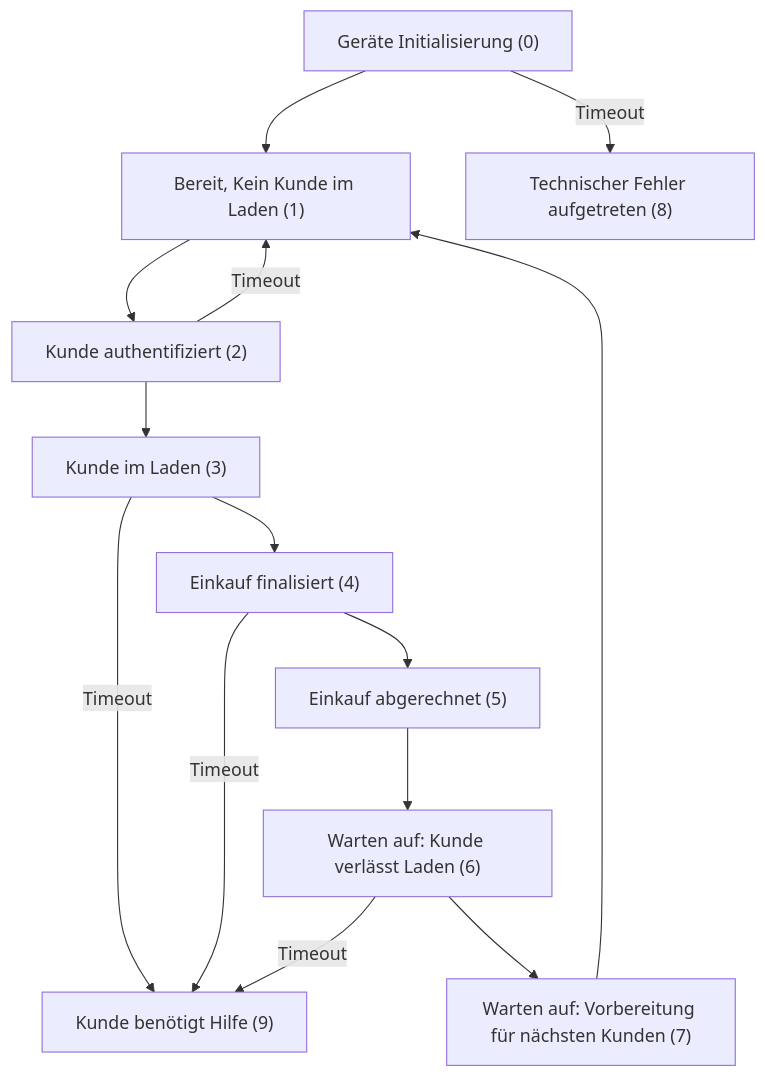
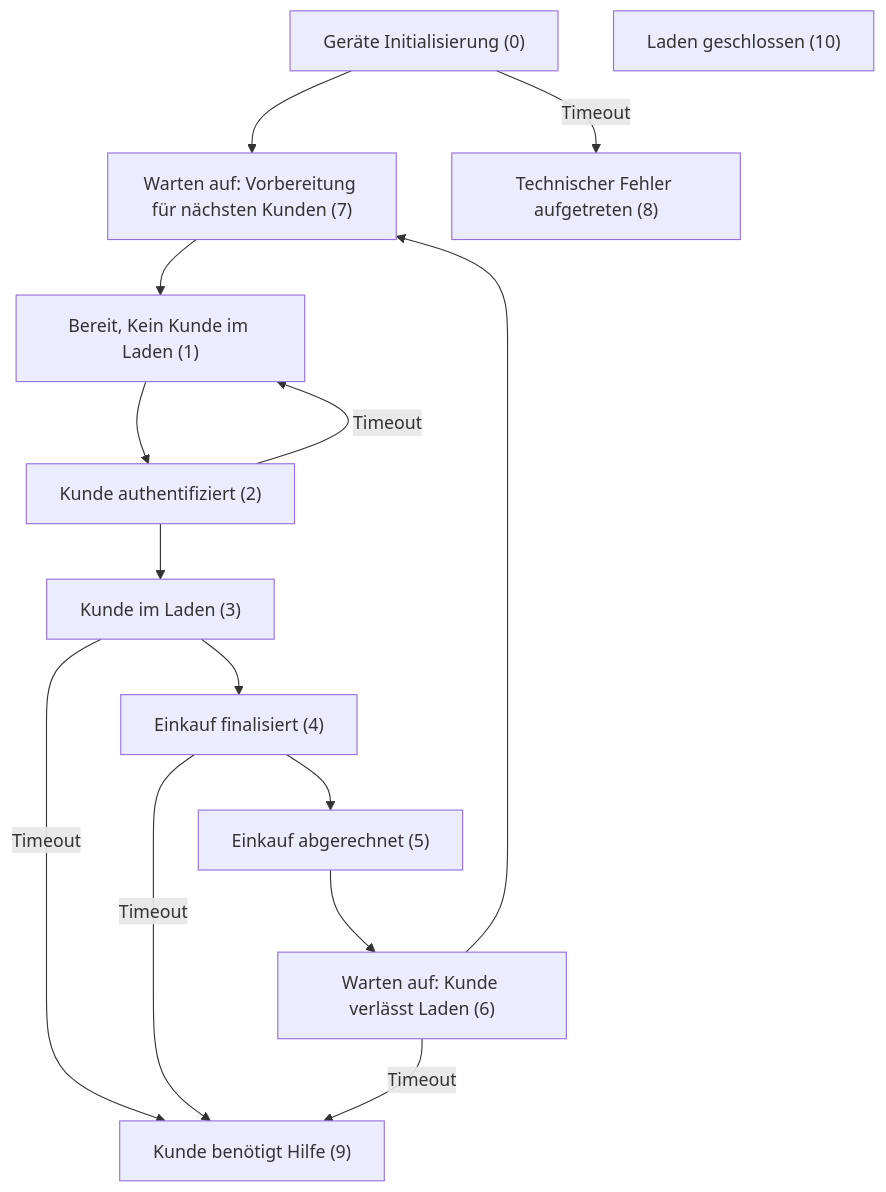
One commit to pbotte/zeitlos changed the second of 3 diagrams in ablauf.md. Above: the diagram before and after it, drawn with Mermaid. The commit also changed 11 other files, not shown here.

````diff
--- a/ablauf.md
+++ b/ablauf.md
@@ -23,27 +23,28 @@
 ```mermaid
 graph TD
   AA["Geräte Initialisierung (0)"]
   A["Bereit, Kein Kunde im Laden (1)"]
   B["Kunde authentifiziert (2)"]
   C["Kunde im Laden (3)"]
   D["Einkauf finalisiert (4)"]
   E["Einkauf abgerechnet (5)"]
   F["Warten auf: Kunde verlässt Laden (6)"]
   G["Warten auf: Vorbereitung für nächsten Kunden (7)"]
+  W["Laden geschlossen (10)"]
   Y["Technischer Fehler aufgetreten (8)"]
   Z["Kunde benötigt Hilfe (9)"]
-  AA --> A
+  AA --> G
   AA --> |Timeout| Y
   A --> B
   B --> |Timeout| A
   B --> C
   C -->|Timeout| Z
   C --> D
   D --> E
   D -->|Timeout| Z
   E --> F
   F --> G
   G --> A
   F -->|Timeout| Z
   
 ```
````
